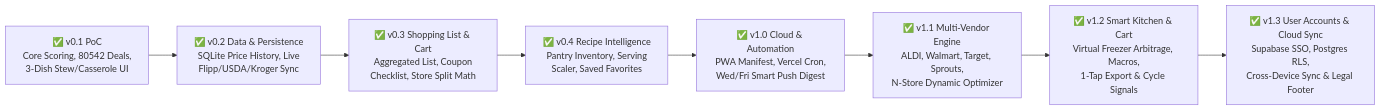
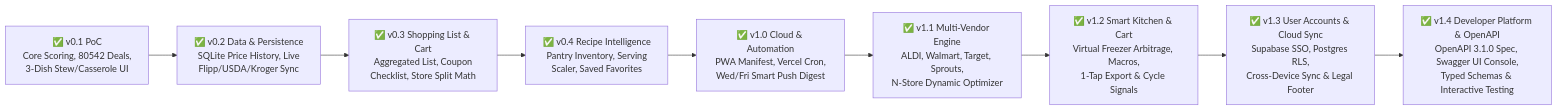
Before and after one commit to kchavez05/produce-price-tracker: the diagram in ROADMAP.md, drawn with Mermaid. The commit also changed other lines of this file and 11 other files, not shown here.

````diff
--- a/ROADMAP.md
+++ b/ROADMAP.md
@@ -5,10 +5,11 @@
 ```mermaid
 flowchart LR
     M0["✅ v0.1 PoC\nCore Scoring, 80542 Deals,\n3-Dish Stew/Casserole UI"] --> M1["✅ v0.2 Data & Persistence\nSQLite Price History, Live\nFlipp/USDA/Kroger Sync"]
     M1 --> M2["✅ v0.3 Shopping List & Cart\nAggregated List, Coupon\nChecklist, Store Split Math"]
     M2 --> M3["✅ v0.4 Recipe Intelligence\nPantry Inventory, Serving\nScaler, Saved Favorites"]
     M3 --> M4["✅ v1.0 Cloud & Automation\nPWA Manifest, Vercel Cron,\nWed/Fri Smart Push Digest"]
     M4 --> M5["✅ v1.1 Multi-Vendor Engine\nALDI, Walmart, Target, Sprouts,\nN-Store Dynamic Optimizer"]
     M5 --> M6["✅ v1.2 Smart Kitchen & Cart\nVirtual Freezer Arbitrage, Macros,\n1-Tap Export & Cycle Signals"]
     M6 --> M7["✅ v1.3 User Accounts & Cloud Sync\nSupabase SSO, Postgres RLS,\nCross-Device Sync & Legal Footer"]
+    M7 --> M8["✅ v1.4 Developer Platform & OpenAPI\nOpenAPI 3.1.0 Spec, Swagger UI Console,\nTyped Schemas & Interactive Testing"]
 ```
````
